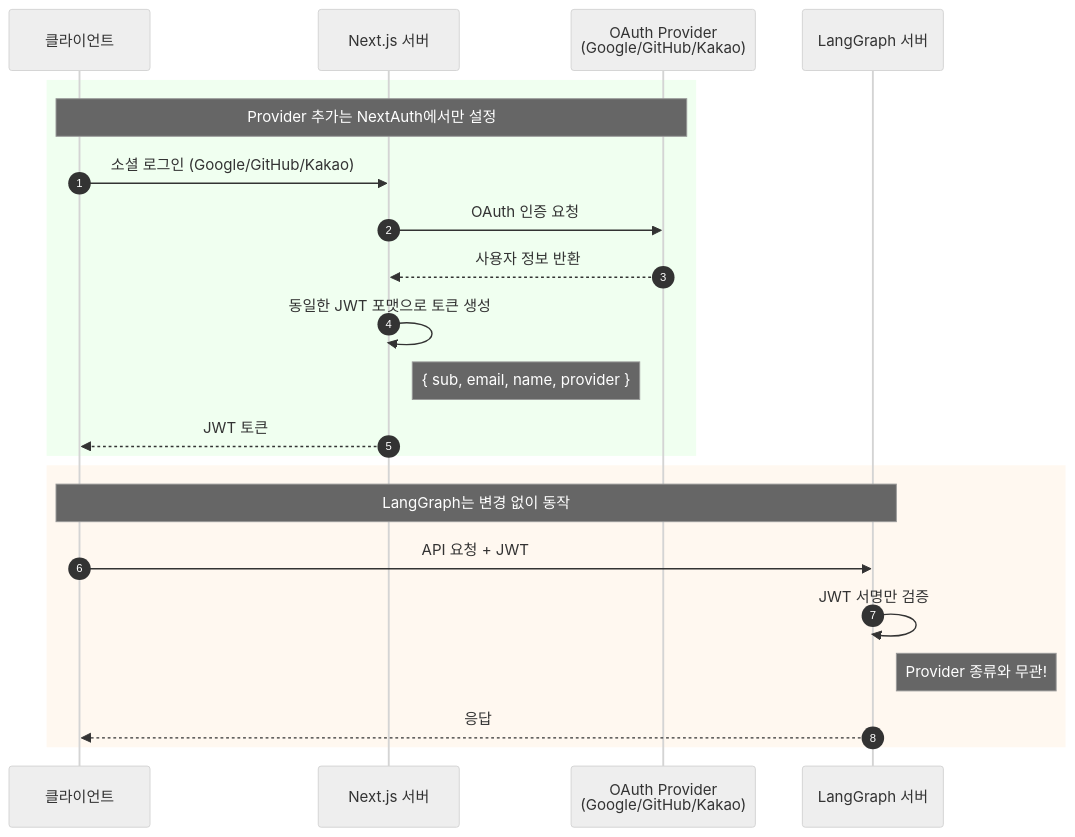
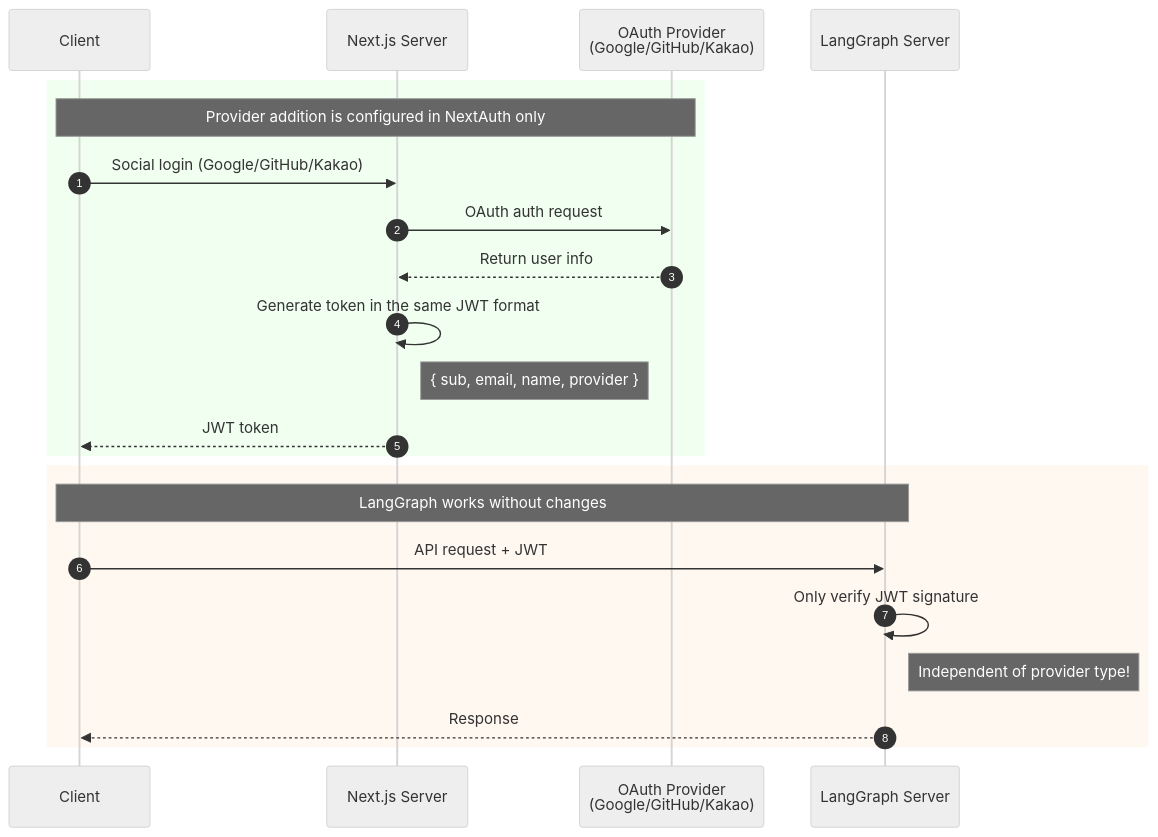
One commit to braincrew-lab/langgraph-chat-ui changed the second of 4 diagrams in docs/01-NEXTAUTH-OAUTH.md. Above: the diagram before and after it, drawn with Mermaid (neutral theme). The commit also changed other lines of this file and 24 other files, not shown here.

````diff
--- a/docs/01-NEXTAUTH-OAUTH.md
+++ b/docs/01-NEXTAUTH-OAUTH.md
@@ -279,26 +279,26 @@
 ```mermaid
 sequenceDiagram
     autonumber
-    participant Client as 클라이언트
-    participant NextJS as Next.js 서버
+    participant Client as Client
+    participant NextJS as Next.js Server
     participant Provider as OAuth Provider<br/>(Google/GitHub/Kakao)
-    participant LangGraph as LangGraph 서버
+    participant LangGraph as LangGraph Server
 
     rect rgb(240, 255, 240)
-        Note over Client,Provider: Provider 추가는 NextAuth에서만 설정
-        Client->>NextJS: 소셜 로그인 (Google/GitHub/Kakao)
-        NextJS->>Provider: OAuth 인증 요청
-        Provider-->>NextJS: 사용자 정보 반환
-        NextJS->>NextJS: 동일한 JWT 포맷으로 토큰 생성
+        Note over Client,Provider: Provider addition is configured in NextAuth only
+        Client->>NextJS: Social login (Google/GitHub/Kakao)
+        NextJS->>Provider: OAuth auth request
+        Provider-->>NextJS: Return user info
+        NextJS->>NextJS: Generate token in the same JWT format
         Note right of NextJS: { sub, email, name, provider }
-        NextJS-->>Client: JWT 토큰
+        NextJS-->>Client: JWT token
     end
 
     rect rgb(255, 248, 240)
-        Note over Client,LangGraph: LangGraph는 변경 없이 동작
-        Client->>LangGraph: API 요청 + JWT
-        LangGraph->>LangGraph: JWT 서명만 검증
-        Note right of LangGraph: Provider 종류와 무관!
-        LangGraph-->>Client: 응답
+        Note over Client,LangGraph: LangGraph works without changes
+        Client->>LangGraph: API request + JWT
+        LangGraph->>LangGraph: Only verify JWT signature
+        Note right of LangGraph: Independent of provider type!
+        LangGraph-->>Client: Response
     end
 ```
````
